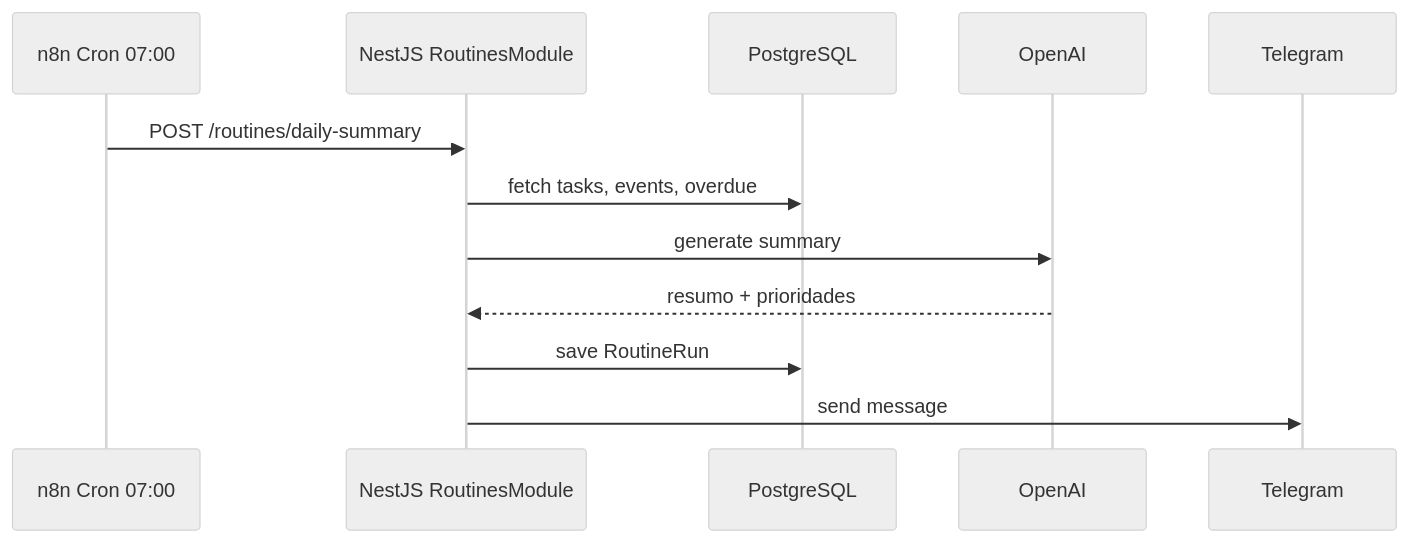
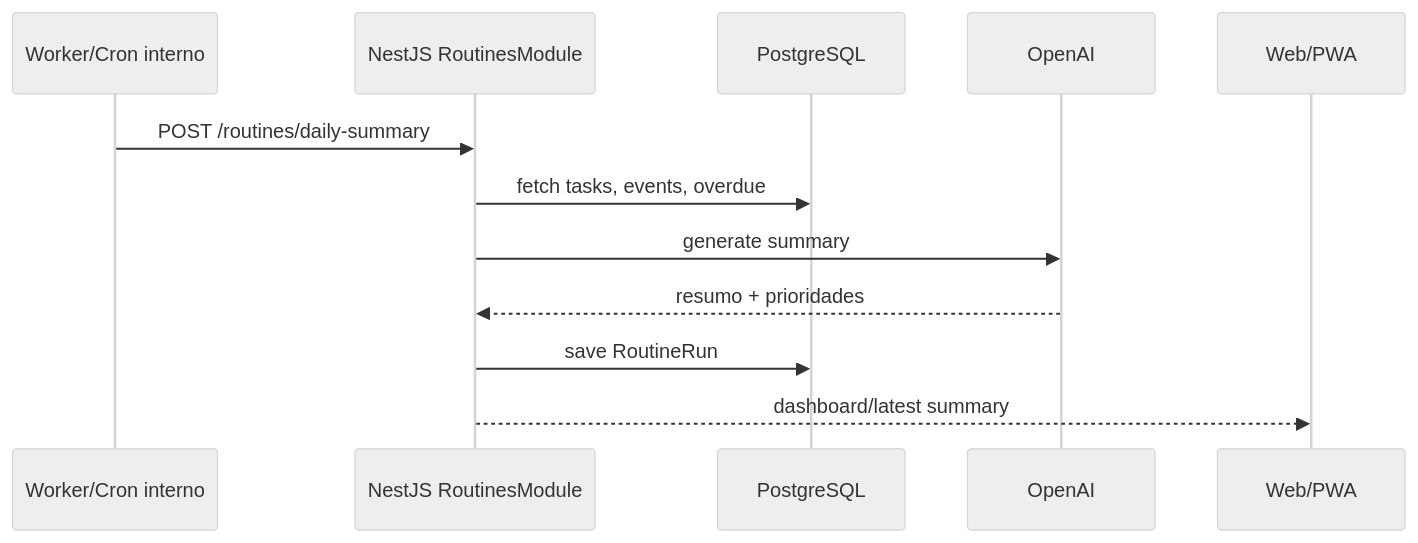
One commit to Erikrit/mika changed the third of 3 diagrams in .specs/architecture/ARCHITECTURE.md. Above: the diagram before and after it, drawn with Mermaid (neutral theme). The commit also changed other lines of this file, not shown here.

Commit message:
docs: ajusta arquitetura principal para Web PWA

````diff
--- a/.specs/architecture/ARCHITECTURE.md
+++ b/.specs/architecture/ARCHITECTURE.md
@@ -95,15 +106,15 @@
 ```mermaid
 sequenceDiagram
-    participant N8N as n8n Cron 07:00
+    participant JOB as Worker/Cron interno
     participant API as NestJS RoutinesModule
     participant DB as PostgreSQL
     participant AI as OpenAI
-    participant TG as Telegram
+    participant WEB as Web/PWA
 
-    N8N->>API: POST /routines/daily-summary
+    JOB->>API: POST /routines/daily-summary
     API->>DB: fetch tasks, events, overdue
     API->>AI: generate summary
     AI-->>API: resumo + prioridades
     API->>DB: save RoutineRun
-    API->>TG: send message
+    API-->>WEB: dashboard/latest summary
 ```
````
